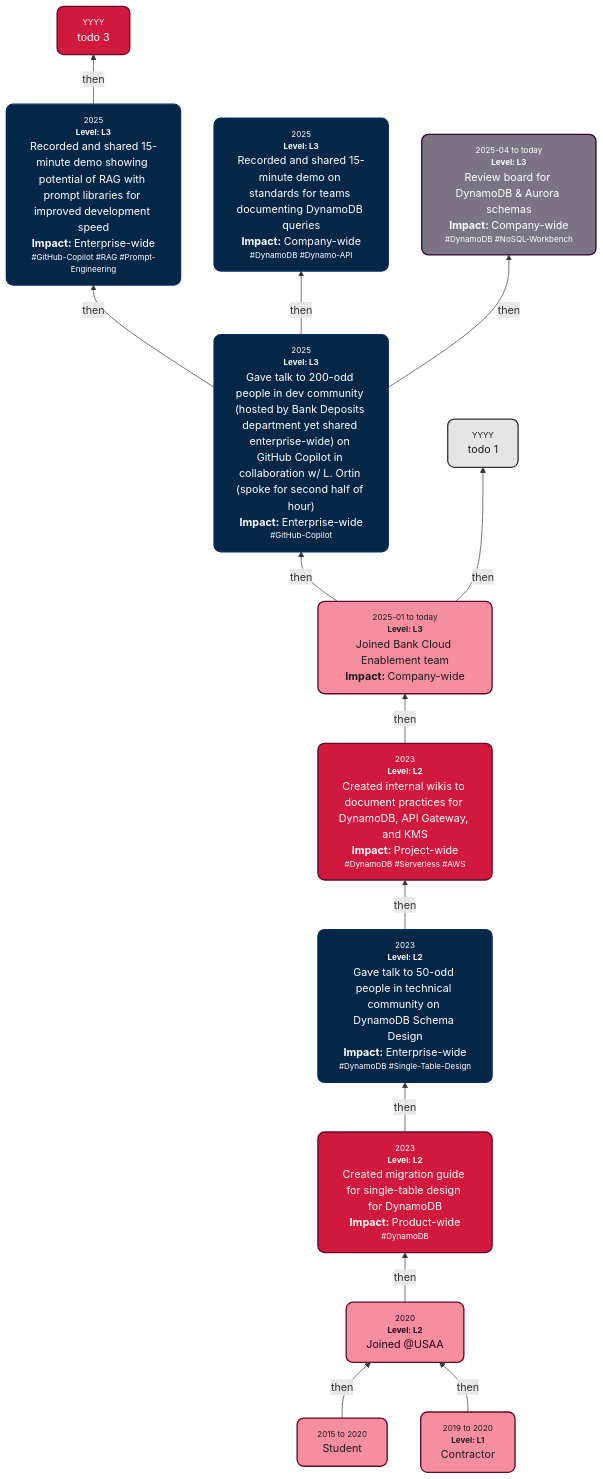
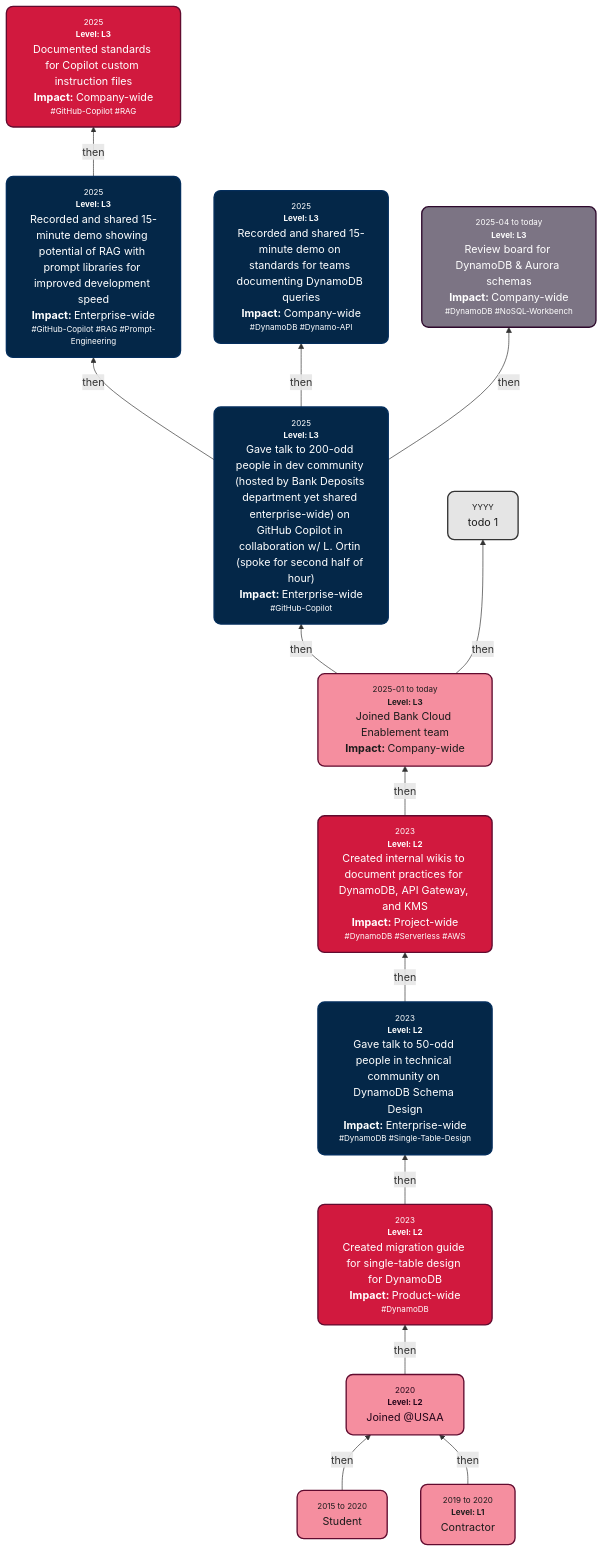
One commit to s-sepanski/portfolio changed the diagram in README.md. Above: the diagram before and after it, drawn with Mermaid.

Commit message:
node content

````diff
--- a/README.md
+++ b/README.md
@@ -39,30 +39,30 @@
 ```mermaid
 graph BT
     PreStudentNode["<div style='font-size:75%;  color:#848484; text-align:center;'>2015 to 2020</div>Student"] -->|then| A["<div style='font-size:75%; color:#848484; text-align:center;'>2020</div><div style='font-size:75%; color:#848484; text-align:center;'><b>Level: L2</b><br/></div>Joined @USAA<br>"]
     ContractorNode["<div style='font-size:75%; color:#848484; text-align:center;'>2019 to 2020</div><div style='font-size:75%; color:#848484; text-align:center;'><b>Level: L1</b></div>Contractor"] -->|then| A
     A -->|then| Creation1["<div style='font-size:75%; color:#848484; text-align:center;'>2023</div><div style='font-size:75%; color:#848484; text-align:center;'><b>Level: L2</b><br/></div>Created migration guide for single-table design for DynamoDB<br/><b>Impact: </b>Product-wide<div style='font-size:75%; color:#848484; text-align:center;'>#DynamoDB<br/></div>"]
     Creation1 -->|then| Chat["<div style='font-size:75%; color:#848484; text-align:center;'>2023</div><div style='font-size:75%; color:#848484; text-align:center;'><b>Level: L2</b><br/></div>Gave talk to 50-odd people in technical community on DynamoDB Schema Design<br/><b>Impact: </b>Enterprise-wide<div style='font-size:75%; color:#848484; text-align:center;'>#DynamoDB #Single-Table-Design<br/></div>"]
     Chat -->|then| Creation2["<div style='font-size:75%; color:#848484; text-align:center;'>2023</div><div style='font-size:75%; color:#848484; text-align:center;'><b>Level: L2</b><br/></div>Created internal wikis to document practices for DynamoDB, API Gateway, and KMS<br/><b>Impact: </b>Project-wide<div style='font-size:75%; color:#848484; text-align:center;'>#DynamoDB #Serverless #AWS<br/></div>"]
     Creation2 -->|then| B["<div style='font-size:75%; color:#848484; text-align:center;'>2025-01 to today</div><div style='font-size:75%; color:#848484; text-align:center;'><b>Level: L3</b><br/></div>Joined Bank Cloud Enablement team<br/><b>Impact: </b>Company-wide"]
     B -->|then| C["<div style='font-size:75%; color:#848484; text-align:center;'>2025</div><div style='font-size:75%; color:#848484; text-align:center;'><b>Level: L3</b><br/></div>Gave talk to 200-odd people in dev community (hosted by Bank Deposits department yet shared enterprise-wide) on GitHub Copilot in collaboration w/ L. Ortin (spoke for second half of hour)<br/><b>Impact: </b>Enterprise-wide<div style='font-size:75%; color:#848484; text-align:center;'>#GitHub-Copilot<br/></div>"]
     C -->|then| D["<div style='font-size:75%; color:#848484; text-align:center;'>2025</div><div style='font-size:75%; color:#848484; text-align:center;'><b>Level: L3</b><br/></div>Recorded and shared 15-minute demo showing potential of RAG with prompt libraries for improved development speed<br/><b>Impact: </b>Enterprise-wide<div style='font-size:75%; color:#848484; text-align:center;'>#GitHub-Copilot #RAG #Prompt-Engineering<br/></div>"]
     C -->|then| Chat2["<div style='font-size:75%; color:#848484; text-align:center;'>2025</div><div style='font-size:75%; color:#848484; text-align:center;'><b>Level: L3</b><br/></div>Recorded and shared 15-minute demo on standards for teams documenting DynamoDB queries<br/><b>Impact: </b>Company-wide<div style='font-size:75%; color:#848484; text-align:center;'>#DynamoDB #Dynamo-API<br/></div>"]
     B -->|then| E["<div style='font-size:75%; color:#848484; text-align:center;'>YYYY</div>todo 1"]
     C -->|then| F["<div style='font-size:75%; color:#848484; text-align:center;'>2025-04 to today</div><div style='font-size:75%; color:#848484; text-align:center;'><b>Level: L3</b><br/></div>Review board for DynamoDB & Aurora schemas<br/><b>Impact: </b>Company-wide<div style='font-size:75%; color:#848484; text-align:center;'>#DynamoDB #NoSQL-Workbench<br/></div>"]
-    D -->|then| G["<div style='font-size:75%; color:#848484; text-align:center;'>YYYY</div>todo 3"]
+    D -->|then| G["<div style='font-size:75%; color:#848484; text-align:center;'>2025</div><div style='font-size:75%; color:#848484; text-align:center;'><b>Level: L3</b><br/></div>Documented standards for Copilot custom instruction files<br/><b>Impact: </b>Company-wide<div style='font-size:75%; color:#848484; text-align:center;'>#GitHub-Copilot #RAG<br/></div>"]
     style PreStudentNode fill:#f58e9f,stroke:#610b2f,stroke-width:2px,color:#1c1c1c
     style ContractorNode fill:#f58e9f,stroke:#610b2f,stroke-width:2px,color:#1c1c1c
     style A fill:#f58e9f,stroke:#610b2f,stroke-width:2px,color:#230519
     style Creation1 fill:#d1193e,stroke:#610b2f,stroke-width:2px,color:#FFFFFF
     style Chat fill:#042748,stroke:#042e5c,stroke-width:2px,color:#FFFFFF
     style Creation2 fill:#d1193e,stroke:#610b2f,stroke-width:2px,color:#FFFFFF
     style B fill:#f58e9f,stroke:#610b2f,stroke-width:2px,color:#1c1c1c
     style C fill:#042748,stroke:#042e5c,stroke-width:2px,color:#FFFFFF
     style D fill:#042748,stroke:#042e5c,stroke-width:2px,color:#FFFFFF
     style E fill:#e5e5e5,stroke:#343434,stroke-width:2px,color:#1c1c1c
     style F fill:#7c7484,stroke:#2e092d,stroke-width:2px,color:#FFFFFF
     style G fill:#d1193e,stroke:#610b2f,stroke-width:2px,color:#FFFFFF
     style Chat2 fill:#042748,stroke:#042e5c,stroke-width:2px,color:#FFFFFF
     classDef rounded stroke-width:2px,rx:10,ry:10;
     class PreStudentNode,ContractorNode,A,Creation1,Chat,Creation2,B,C,D,E,F,G,Chat2 rounded;
 ```
````
